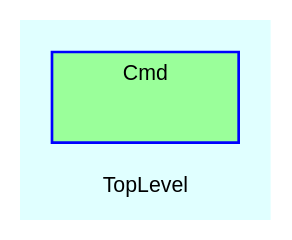
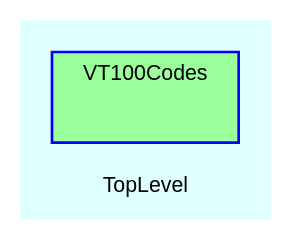
One commit to Tyche/teensymud changed the diagram in doc/dot/m_13_0.dot. Above: the diagram before and after it, drawn with Graphviz. The commit also changed 166 other files, not shown here.

```diff
--- a/doc/dot/m_13_0.dot
+++ b/doc/dot/m_13_0.dot
@@ -1,29 +1,29 @@
 digraph TopLevel {
     compound = true
     bgcolor = lightcyan1
     fontname = Arial
     fontsize = 8
     label = "TopLevel"
     node [
         fontname = Arial,
         fontsize = 8,
         color = black
     ]
 
-    subgraph cluster_Cmd {
+    subgraph cluster_VT100Codes {
         fillcolor = palegreen1
-        URL = "classes/Cmd.html"
+        URL = "classes/VT100Codes.html"
         fontname = Arial
         color = blue
-        label = "Cmd"
+        label = "VT100Codes"
         style = filled
-        Cmd [
+        VT100Codes [
             shape = plaintext,
             height = 0.01,
             width = 0.75,
             label = ""
         ]
 
     }
 
 }
```
